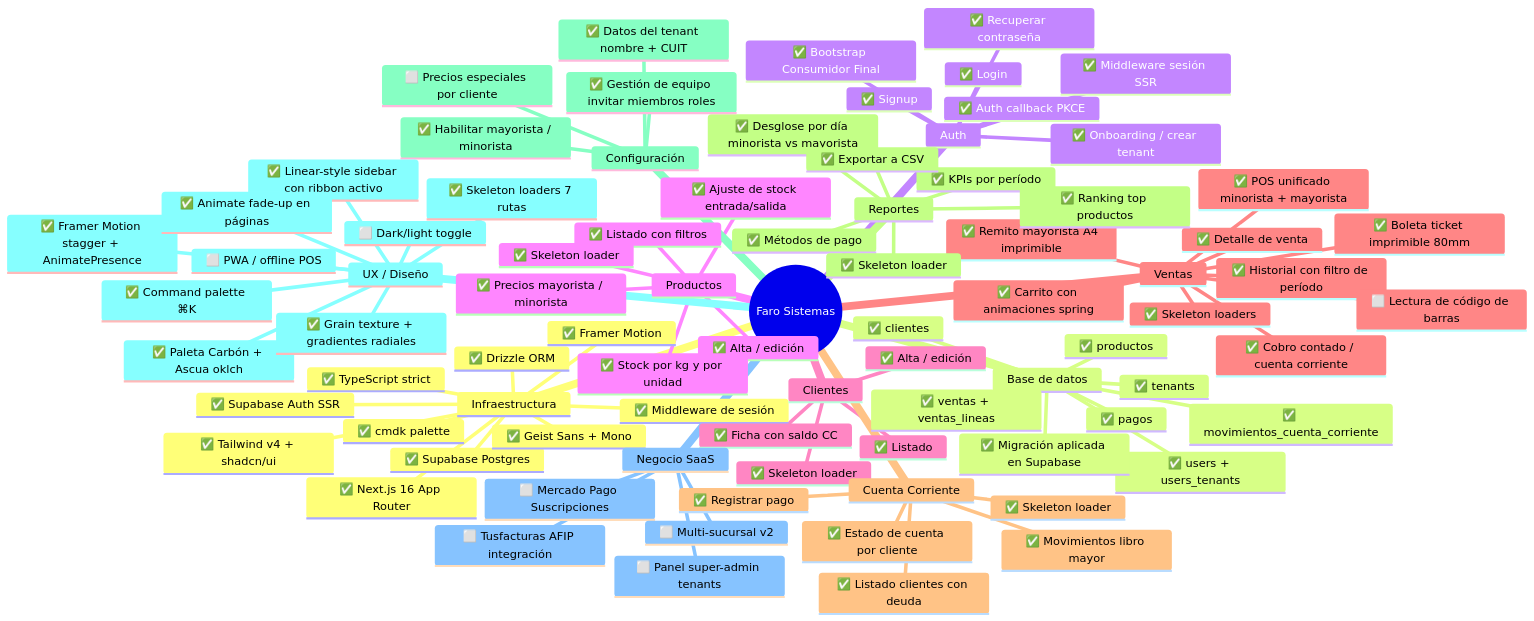
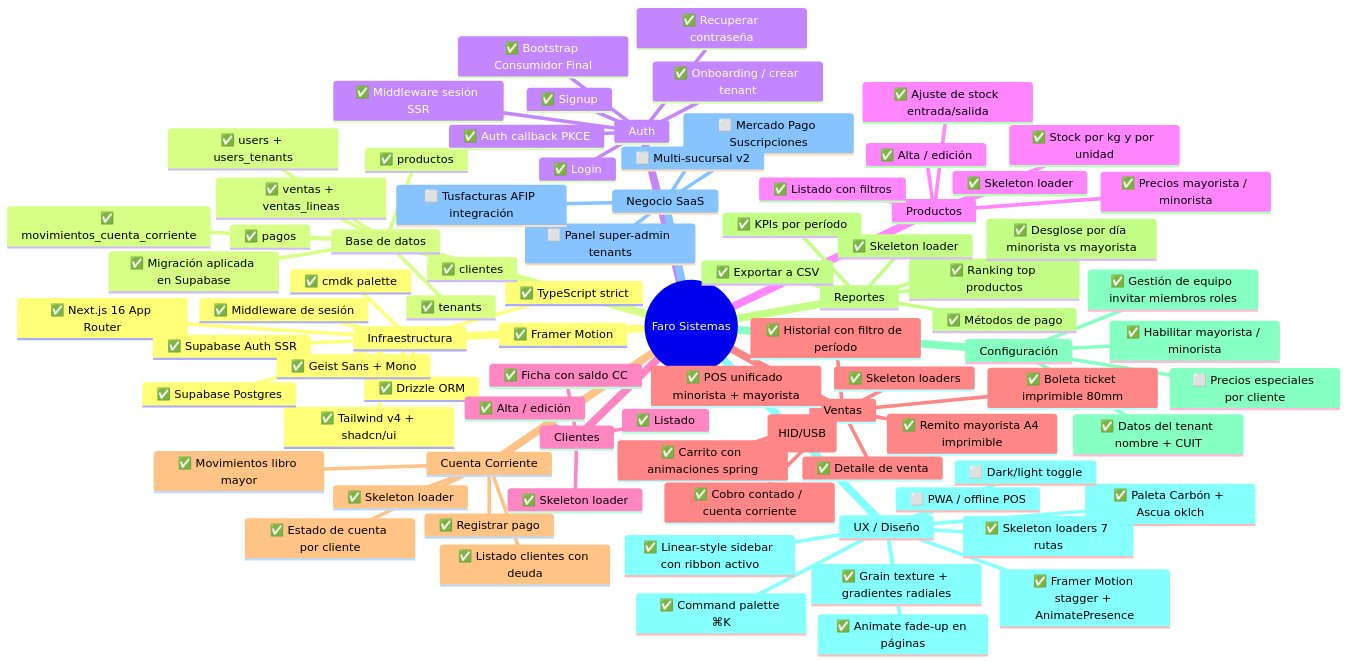
The diagram in ROADMAP.md (santafocaccia-stack/faro-sistemas), drawn with Mermaid before and after one commit. The commit also changed other lines of this file and 2 other files, not shown here.

First line of the commit message:
feat: lector de codigo de barras en POS y formulario de producto

```diff
--- a/ROADMAP.md
+++ b/ROADMAP.md
@@ -54,7 +54,7 @@
       ✅ Skeleton loaders
       ✅ Boleta ticket imprimible 80mm
       ✅ Remito mayorista A4 imprimible
-      ⬜ Lectura de código de barras
+      ✅ Lectura de código de barras (HID/USB)
     Cuenta Corriente
       ✅ Listado clientes con deuda
       ✅ Estado de cuenta por cliente
```
